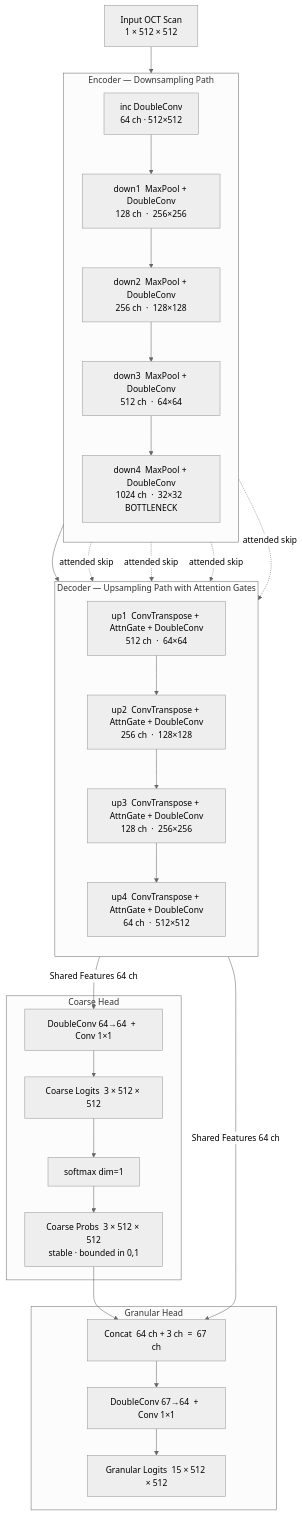
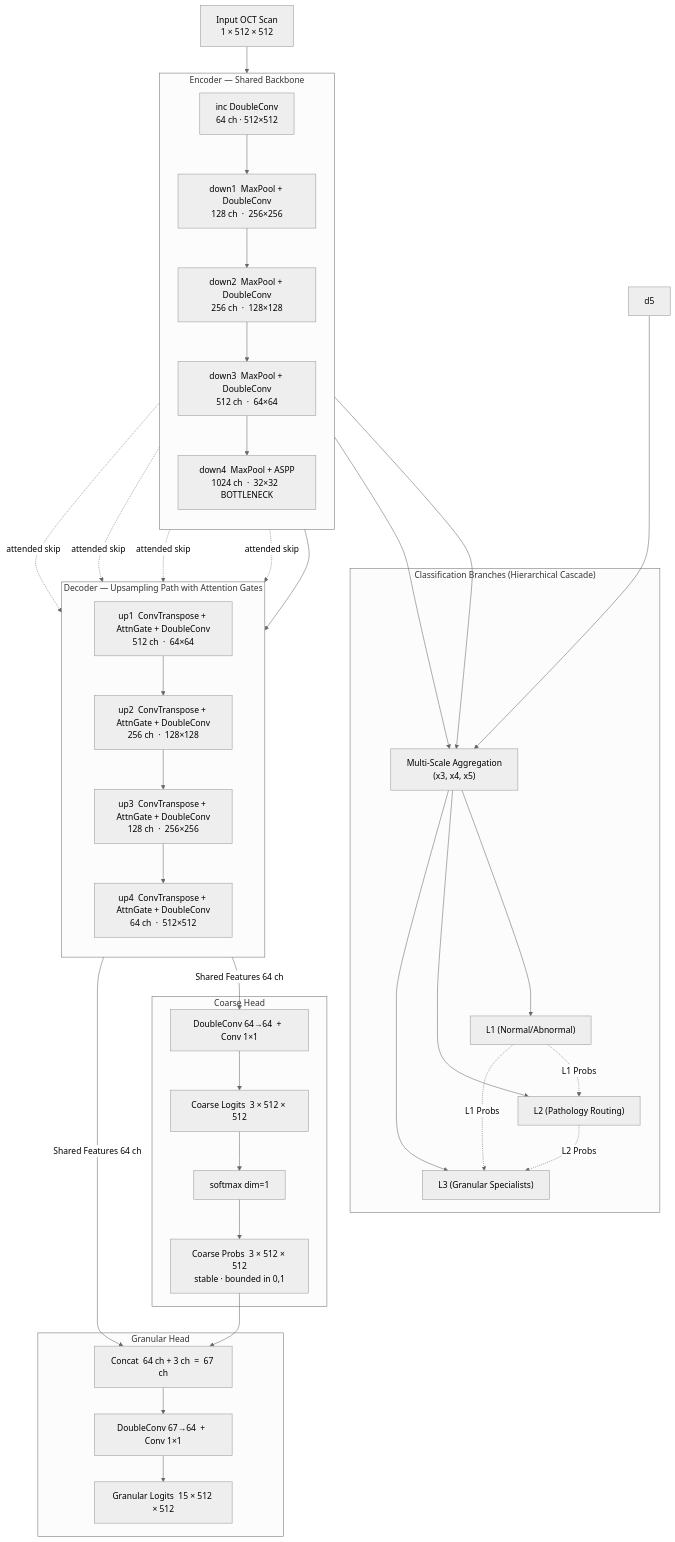
The third of 5 diagrams in image-segmentation-model-training/Documentation/architecture.md (Nikhil-Mundhra/OCT-Analyser-Capstone), drawn with Mermaid (neutral theme) before and after one commit. The commit also changed other lines of this file and 61 other files, not shown here.

````diff
--- a/image-segmentation-model-training/Documentation/architecture.md
+++ b/image-segmentation-model-training/Documentation/architecture.md
@@ -90,48 +135,68 @@
 ```mermaid
 flowchart TD
     Input["Input OCT Scan\n1 × 512 × 512"]
 
-    subgraph ENC ["Encoder  —  Downsampling Path"]
+    subgraph ENC ["Encoder  —  Shared Backbone"]
         direction TB
         inc["inc  DoubleConv\n64 ch  ·  512×512"]
         d1["down1  MaxPool + DoubleConv\n128 ch  ·  256×256"]
         d2["down2  MaxPool + DoubleConv\n256 ch  ·  128×128"]
         d3["down3  MaxPool + DoubleConv\n512 ch  ·  64×64"]
-        d4["down4  MaxPool + DoubleConv\n1024 ch  ·  32×32  BOTTLENECK"]
+        d4["down4  MaxPool + ASPP\n1024 ch  ·  32×32  BOTTLENECK"]
         inc --> d1 --> d2 --> d3 --> d4
+    end
+
+    subgraph CLS ["Classification Branches (Hierarchical Cascade)"]
+        pool["Multi-Scale Aggregation\n(x3, x4, x5)"]
+        L1["L1 (Normal/Abnormal)"]
+        L2["L2 (Pathology Routing)"]
+        L3["L3 (Granular Specialists)"]
+        
+        pool --> L1
+        pool --> L2
+        L1 -.->|L1 Probs| L2
+        pool --> L3
+        L1 -.->|L1 Probs| L3
+        L2 -.->|L2 Probs| L3
     end
 
     subgraph DEC ["Decoder  —  Upsampling Path with Attention Gates"]
         direction TB
         u1["up1  ConvTranspose + AttnGate + DoubleConv\n512 ch  ·  64×64"]
         u2["up2  ConvTranspose + AttnGate + DoubleConv\n256 ch  ·  128×128"]
         u3["up3  ConvTranspose + AttnGate + DoubleConv\n128 ch  ·  256×256"]
         u4["up4  ConvTranspose + AttnGate + DoubleConv\n64 ch  ·  512×512"]
         u1 --> u2 --> u3 --> u4
     end
 
     subgraph CH ["Coarse Head"]
         cconv["DoubleConv 64→64  +  Conv 1×1"]
         clogits["Coarse Logits  3 × 512 × 512"]
         smx["softmax dim=1"]
         cprobs["Coarse Probs  3 × 512 × 512\nstable · bounded in 0,1"]
         cconv --> clogits --> smx --> cprobs
     end
 
     subgraph GH ["Granular Head"]
         cat["Concat  64 ch + 3 ch  =  67 ch"]
         gconv["DoubleConv 67→64  +  Conv 1×1"]
         glogits["Granular Logits  15 × 512 × 512"]
         cat --> gconv --> glogits
     end
 
     Input --> inc
+    
+    d3 --> pool
+    d4 --> pool
+    d5 --> pool
+    
     d4 --> u1
     d3 -.->|"attended skip"| u1
     d2 -.->|"attended skip"| u2
     d1 -.->|"attended skip"| u3
     inc -.->|"attended skip"| u4
+    
     u4 -->|"Shared Features  64 ch"| cconv
     u4 -->|"Shared Features  64 ch"| cat
     cprobs --> cat
 ```
````
